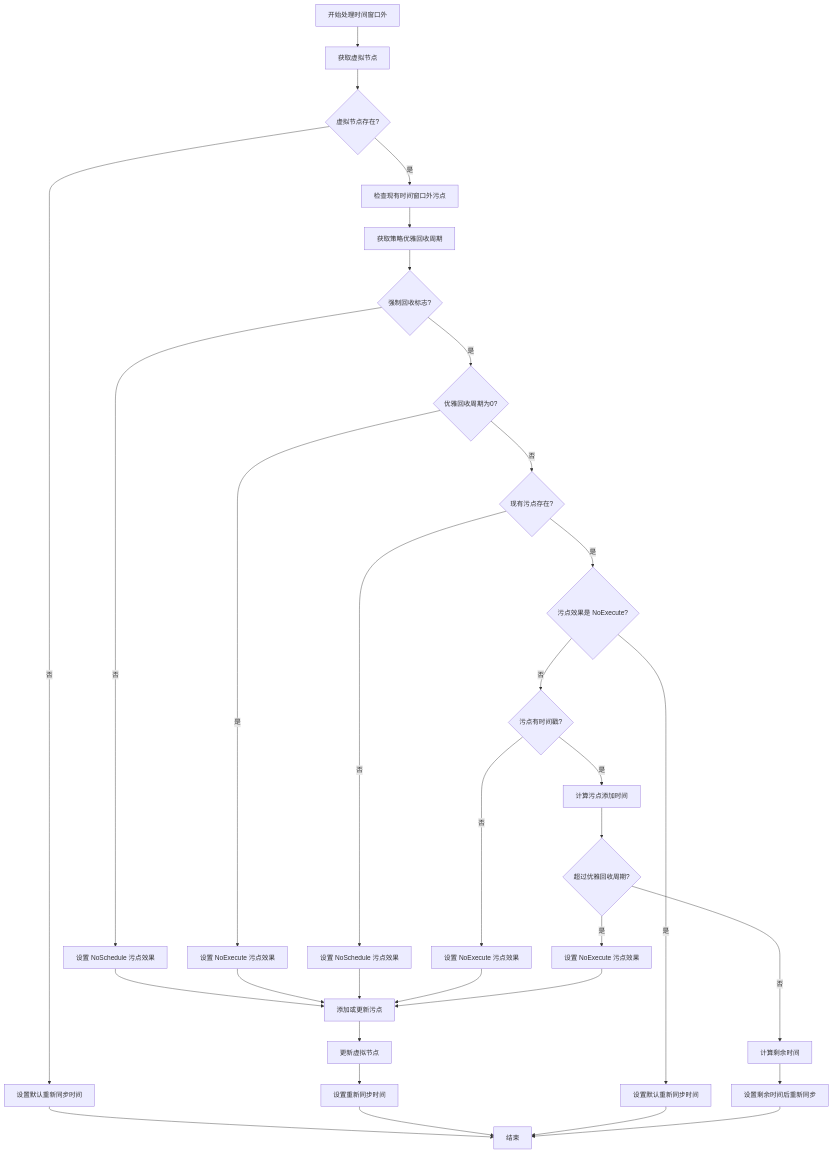
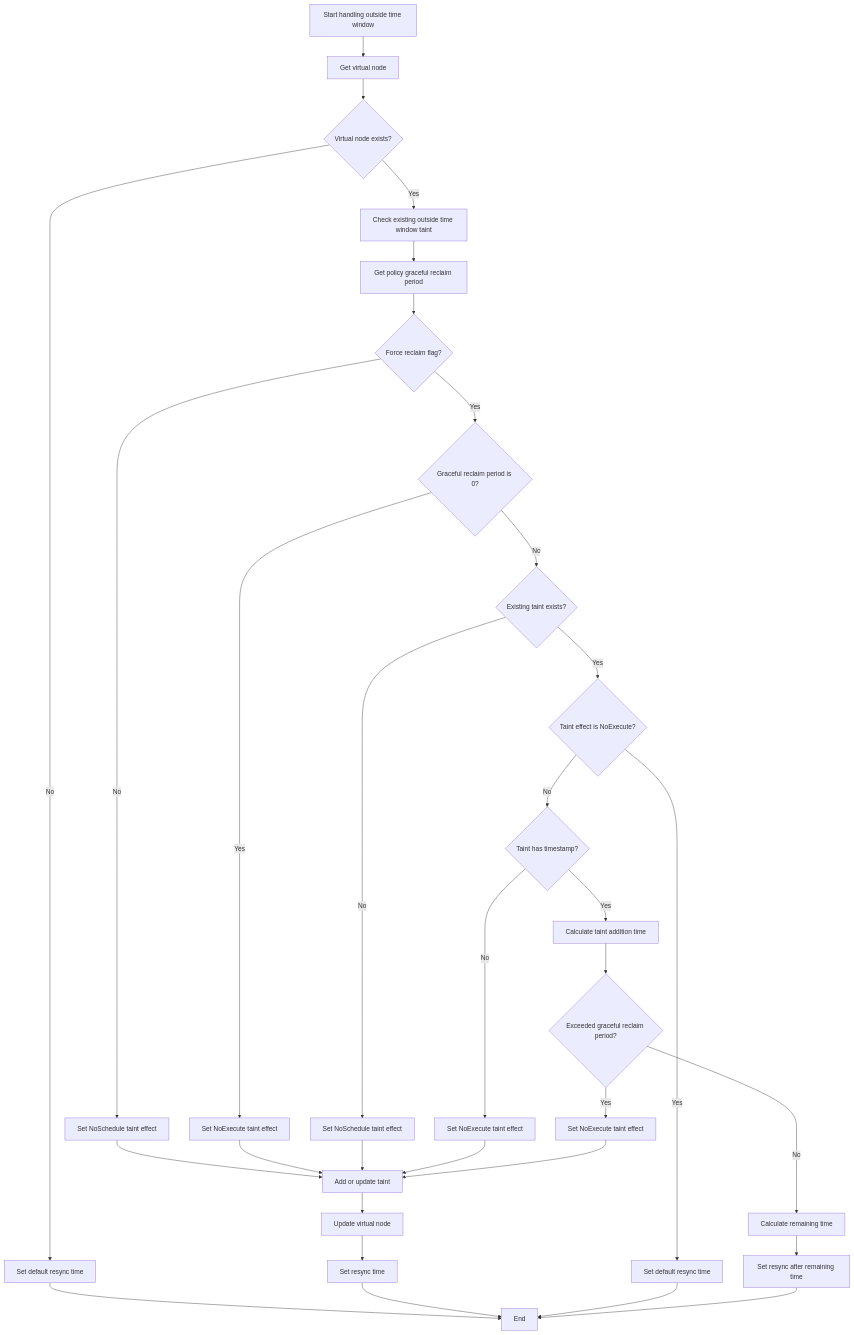
One commit to gocrane/kubeocean changed the fifth of 6 diagrams in docs/design/bottomup-syncer.md. Above: the diagram before and after it, drawn with Mermaid. The commit also changed other lines of this file and 16 other files, not shown here.

````diff
--- a/docs/design/bottomup-syncer.md
+++ b/docs/design/bottomup-syncer.md
@@ -262,34 +262,34 @@
 ```mermaid
 flowchart TD
-    A[开始处理时间窗口外] --> B[获取虚拟节点]
-    B --> C{虚拟节点存在?}
-    C -->|否| D[设置默认重新同步时间]
-    C -->|是| E[检查现有时间窗口外污点]
-    D --> Z[结束]
-    E --> F[获取策略优雅回收周期]
-    F --> G{强制回收标志?}
-    G -->|否| H[设置 NoSchedule 污点效果]
-    G -->|是| I{优雅回收周期为0?}
-    I -->|是| J[设置 NoExecute 污点效果]
-    I -->|否| K{现有污点存在?}
-    K -->|否| L[设置 NoSchedule 污点效果]
-    K -->|是| M{污点效果是 NoExecute?}
-    M -->|是| N[设置默认重新同步时间]
-    M -->|否| O{污点有时间戳?}
-    O -->|否| P[设置 NoExecute 污点效果]
-    O -->|是| Q[计算污点添加时间]
-    Q --> R{超过优雅回收周期?}
-    R -->|是| S[设置 NoExecute 污点效果]
-    R -->|否| T[计算剩余时间]
-    T --> U[设置剩余时间后重新同步]
-    H --> V[添加或更新污点]
+    A[Start handling outside time window] --> B[Get virtual node]
+    B --> C{Virtual node exists?}
+    C -->|No| D[Set default resync time]
+    C -->|Yes| E[Check existing outside time window taint]
+    D --> Z[End]
+    E --> F[Get policy graceful reclaim period]
+    F --> G{Force reclaim flag?}
+    G -->|No| H[Set NoSchedule taint effect]
+    G -->|Yes| I{Graceful reclaim period is 0?}
+    I -->|Yes| J[Set NoExecute taint effect]
+    I -->|No| K{Existing taint exists?}
+    K -->|No| L[Set NoSchedule taint effect]
+    K -->|Yes| M{Taint effect is NoExecute?}
+    M -->|Yes| N[Set default resync time]
+    M -->|No| O{Taint has timestamp?}
+    O -->|No| P[Set NoExecute taint effect]
+    O -->|Yes| Q[Calculate taint addition time]
+    Q --> R{Exceeded graceful reclaim period?}
+    R -->|Yes| S[Set NoExecute taint effect]
+    R -->|No| T[Calculate remaining time]
+    T --> U[Set resync after remaining time]
+    H --> V[Add or update taint]
     J --> V
     L --> V
     P --> V
     S --> V
-    V --> W[更新虚拟节点]
-    W --> X[设置重新同步时间]
-    X --> Z[结束]
+    V --> W[Update virtual node]
+    W --> X[Set resync time]
+    X --> Z[End]
     N --> Z
     U --> Z
 ```
````
